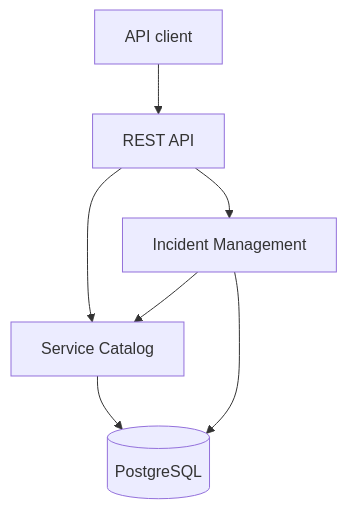
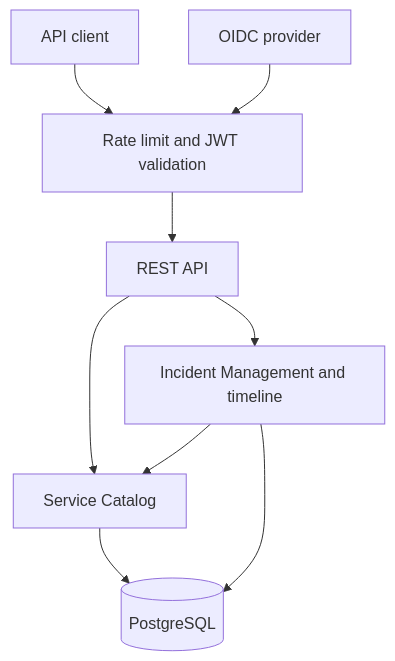
One commit to ahmadkadri978/rheinops-platform changed the diagram in README.md. Above: the diagram before and after it, drawn with Mermaid. The commit also changed other lines of this file and 40 other files, not shown here.

First line of the commit message:
feat: add OIDC security and immutable incident audit (#6)

````diff
--- a/README.md
+++ b/README.md
@@ -29,9 +31,11 @@
 ```mermaid
 flowchart TD
-    Client[API client] --> Web[REST API]
+    Client[API client] --> Security[Rate limit and JWT validation]
+    Keycloak[OIDC provider] --> Security
+    Security --> Web[REST API]
     Web --> Catalog[Service Catalog]
-    Web --> Incidents[Incident Management]
+    Web --> Incidents[Incident Management and timeline]
     Incidents --> Catalog
     Catalog --> Database[(PostgreSQL)]
     Incidents --> Database
 ```
````
